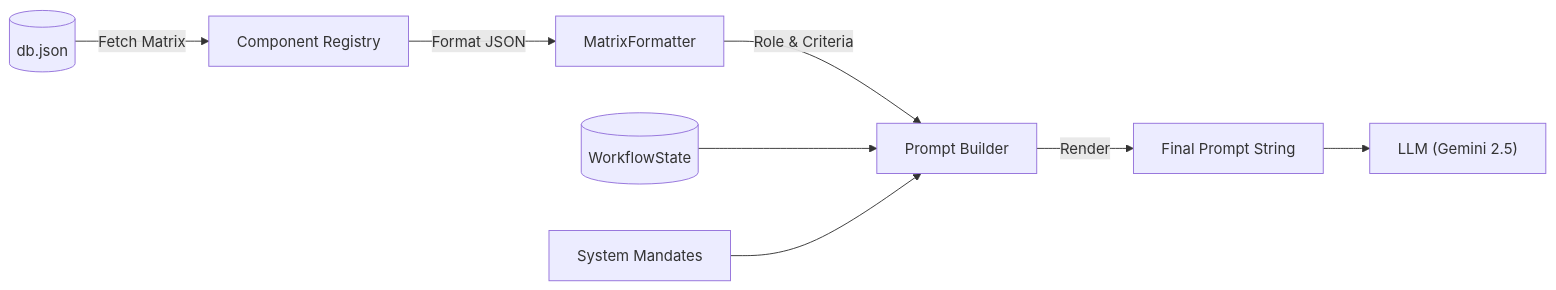
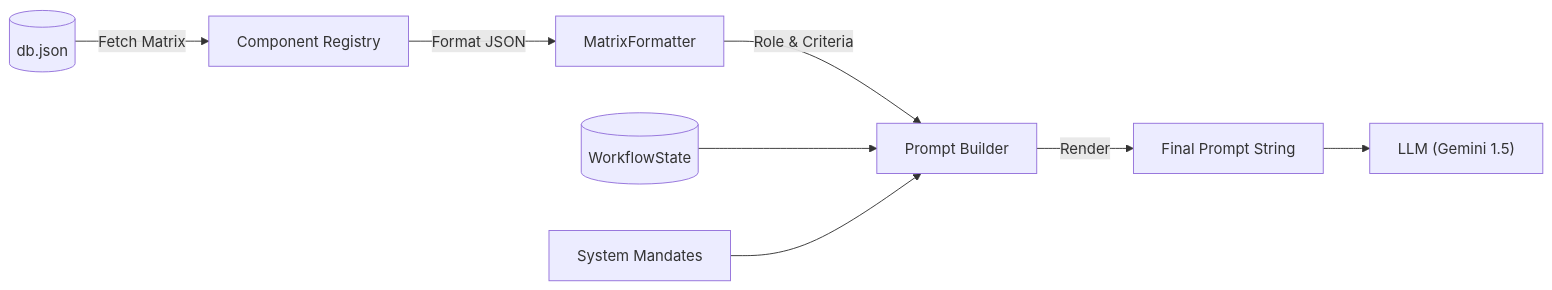
Before and after one commit to launis/quorum: the diagram in docs/prompt_engineering.md, drawn with Mermaid. The commit also changed other lines of this file and 15 other files, not shown here.

Commit message:
docs: Add comprehensive project documentation covering product roadmap, architecture, and various technical specifications.

````diff
--- a/docs/prompt_engineering.md
+++ b/docs/prompt_engineering.md
@@ -27,12 +27,12 @@
 ```mermaid
 graph LR
     DB[("db.json")] -->|Fetch Matrix| Registry["Component Registry"]
     Registry -->|Format JSON| Formatter["MatrixFormatter"]
     
     Formatter -- "Role & Criteria" --> Builder["Prompt Builder"]
     State[("WorkflowState")] --> Builder
     Mandates["System Mandates"] --> Builder
     
     Builder -- Render --> Final["Final Prompt String"]
-    Final --> LLM["LLM (Gemini 2.5)"]
+    Final --> LLM["LLM (Gemini 1.5)"]
 ```
````
